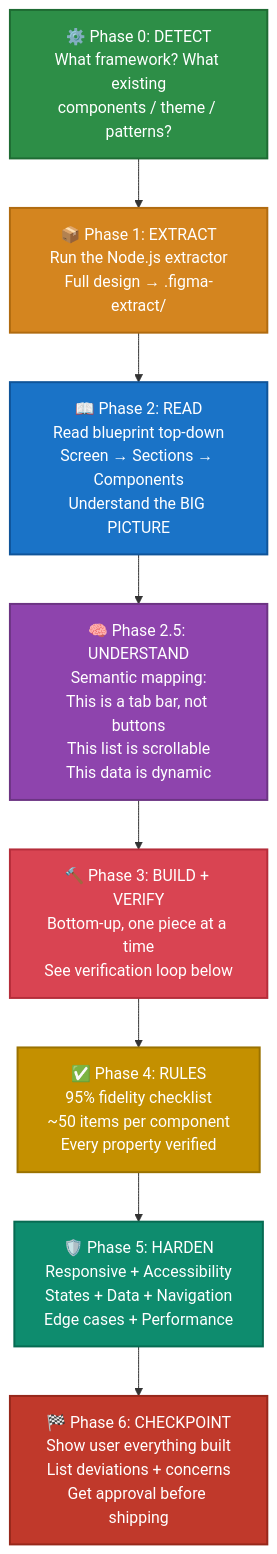
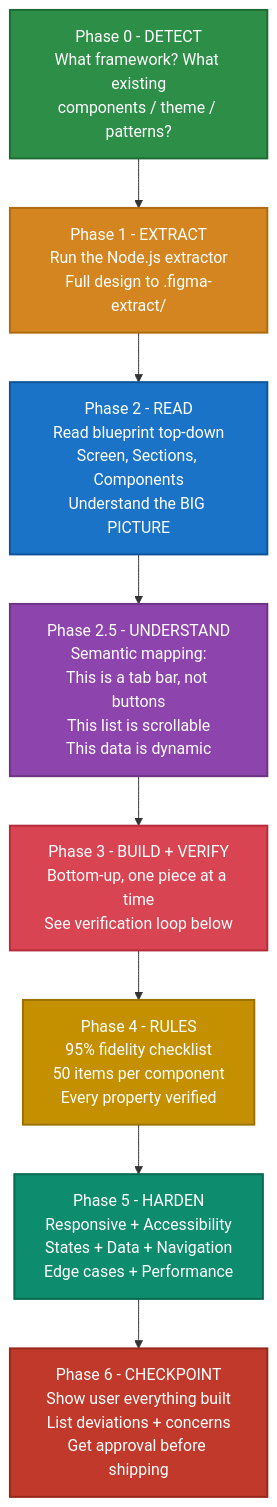
The third of 10 diagrams in README.md (bazingga08/figma-to-code), drawn with Mermaid before and after one commit. The commit also changed other lines of this file, not shown here.

First line of the commit message:
fix: remove emojis from Mermaid diagrams to fix GitHub 500 error

````diff
--- a/README.md
+++ b/README.md
@@ -103,27 +103,27 @@
 ```mermaid
 flowchart TD
-    P0["⚙️ Phase 0: DETECT\nWhat framework? What existing\ncomponents / theme / patterns?"] --> P1
+    P0[Phase 0 - DETECT<br/>What framework? What existing<br/>components / theme / patterns?] --> P1
 
-    P1["📦 Phase 1: EXTRACT\nRun the Node.js extractor\nFull design → .figma-extract/"] --> P2
+    P1[Phase 1 - EXTRACT<br/>Run the Node.js extractor<br/>Full design to .figma-extract/] --> P2
 
-    P2["📖 Phase 2: READ\nRead blueprint top-down\nScreen → Sections → Components\nUnderstand the BIG PICTURE"] --> P25
+    P2[Phase 2 - READ<br/>Read blueprint top-down<br/>Screen, Sections, Components<br/>Understand the BIG PICTURE] --> P25
 
-    P25["🧠 Phase 2.5: UNDERSTAND\nSemantic mapping:\nThis is a tab bar, not buttons\nThis list is scrollable\nThis data is dynamic"] --> P3
+    P25[Phase 2.5 - UNDERSTAND<br/>Semantic mapping:<br/>This is a tab bar, not buttons<br/>This list is scrollable<br/>This data is dynamic] --> P3
 
-    P3["🔨 Phase 3: BUILD + VERIFY\nBottom-up, one piece at a time\nSee verification loop below"] --> P4
+    P3[Phase 3 - BUILD + VERIFY<br/>Bottom-up, one piece at a time<br/>See verification loop below] --> P4
 
-    P4["✅ Phase 4: RULES\n95% fidelity checklist\n~50 items per component\nEvery property verified"] --> P5
+    P4[Phase 4 - RULES<br/>95% fidelity checklist<br/>50 items per component<br/>Every property verified] --> P5
 
-    P5["🛡️ Phase 5: HARDEN\nResponsive + Accessibility\nStates + Data + Navigation\nEdge cases + Performance"] --> P6
+    P5[Phase 5 - HARDEN<br/>Responsive + Accessibility<br/>States + Data + Navigation<br/>Edge cases + Performance] --> P6
 
-    P6["🏁 Phase 6: CHECKPOINT\nShow user everything built\nList deviations + concerns\nGet approval before shipping"]
+    P6[Phase 6 - CHECKPOINT<br/>Show user everything built<br/>List deviations + concerns<br/>Get approval before shipping]
 
     style P0 fill:#2D8E47,color:#ffffff,stroke:#1e6b33,stroke-width:2px
     style P1 fill:#D4851F,color:#ffffff,stroke:#b06b10,stroke-width:2px
     style P2 fill:#1A73C7,color:#ffffff,stroke:#0f5499,stroke-width:2px
     style P25 fill:#8E44AD,color:#ffffff,stroke:#6C3483,stroke-width:2px
     style P3 fill:#D94452,color:#ffffff,stroke:#b52d3a,stroke-width:2px
     style P4 fill:#C49000,color:#ffffff,stroke:#9a7200,stroke-width:2px
     style P5 fill:#0E8C6E,color:#ffffff,stroke:#066b52,stroke-width:2px
     style P6 fill:#C0392B,color:#ffffff,stroke:#96281B,stroke-width:2px
 ```
````
